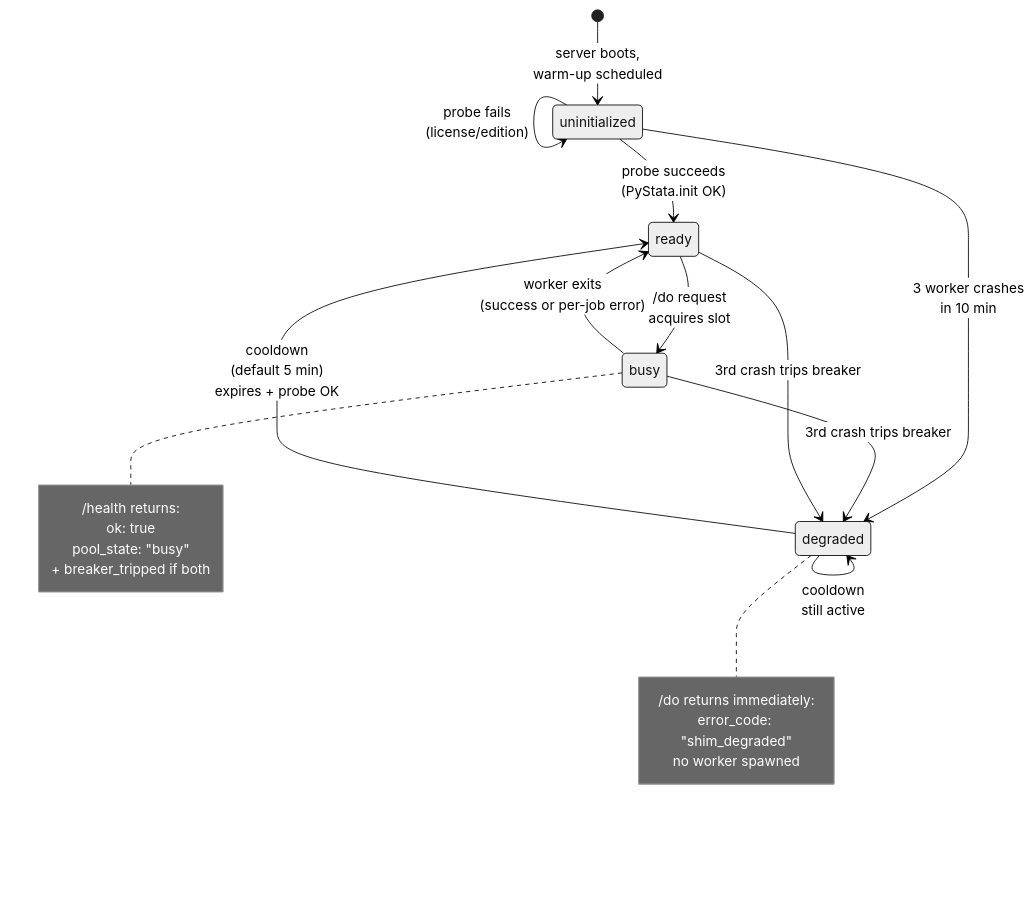
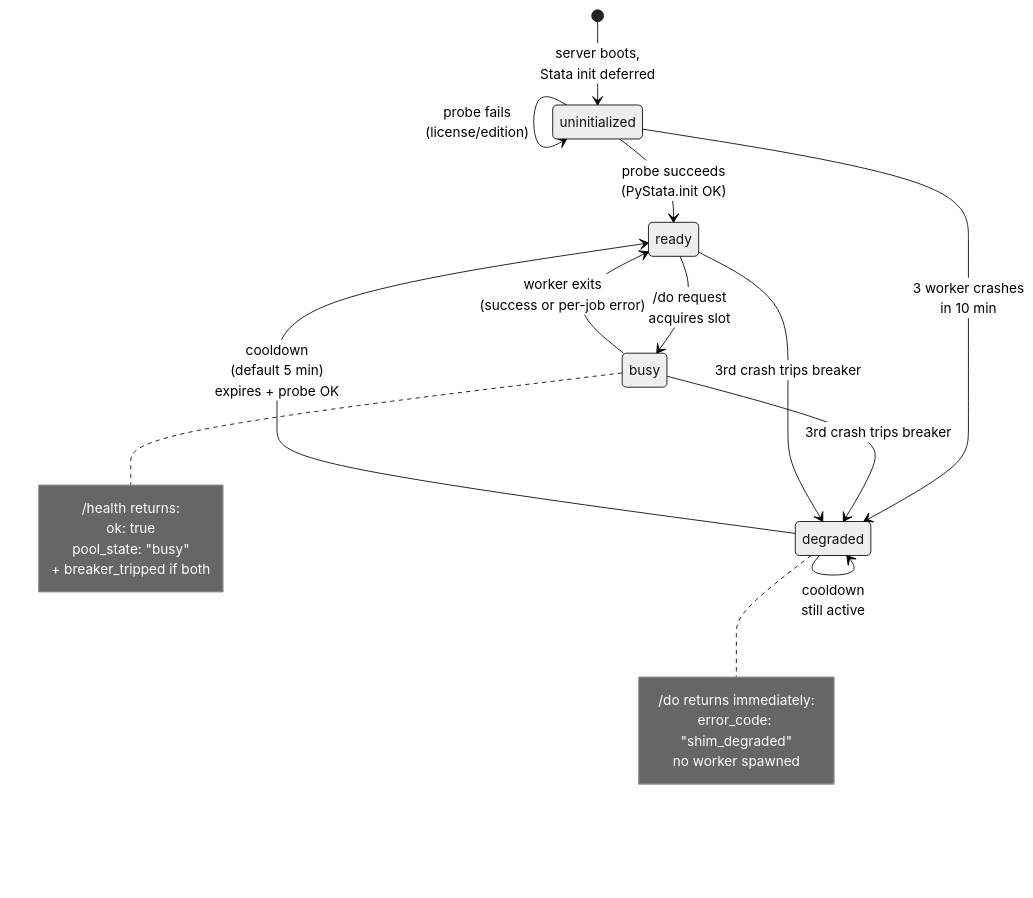
Before and after one commit to dvbn/pystata-shim: the fourth of 5 diagrams in docs/diagrams.md, drawn with Mermaid (neutral theme). The commit also changed other lines of this file and 18 other files, not shown here.

````diff
--- a/docs/diagrams.md
+++ b/docs/diagrams.md
@@ -200,28 +208,28 @@
 ```mermaid
 stateDiagram-v2
-    [*] --> uninitialized: server boots,<br/>warm-up scheduled
+    [*] --> uninitialized: server boots,<br/>Stata init deferred
     uninitialized --> ready: probe succeeds<br/>(PyStata.init OK)
     uninitialized --> uninitialized: probe fails<br/>(license/edition)
     uninitialized --> degraded: 3 worker crashes<br/>in 10 min
 
     ready --> busy: /do request<br/>acquires slot
     busy --> ready: worker exits<br/>(success or per-job error)
     busy --> degraded: 3rd crash trips breaker
 
     ready --> degraded: 3rd crash trips breaker
     degraded --> ready: cooldown<br/>(default 5 min)<br/>expires + probe OK
     degraded --> degraded: cooldown<br/>still active
 
     note right of busy
         /health returns:
         ok: true
         pool_state: "busy"
         + breaker_tripped if both
     end note
 
     note right of degraded
         /do returns immediately:
         error_code: "shim_degraded"
         no worker spawned
     end note
 ```
````
